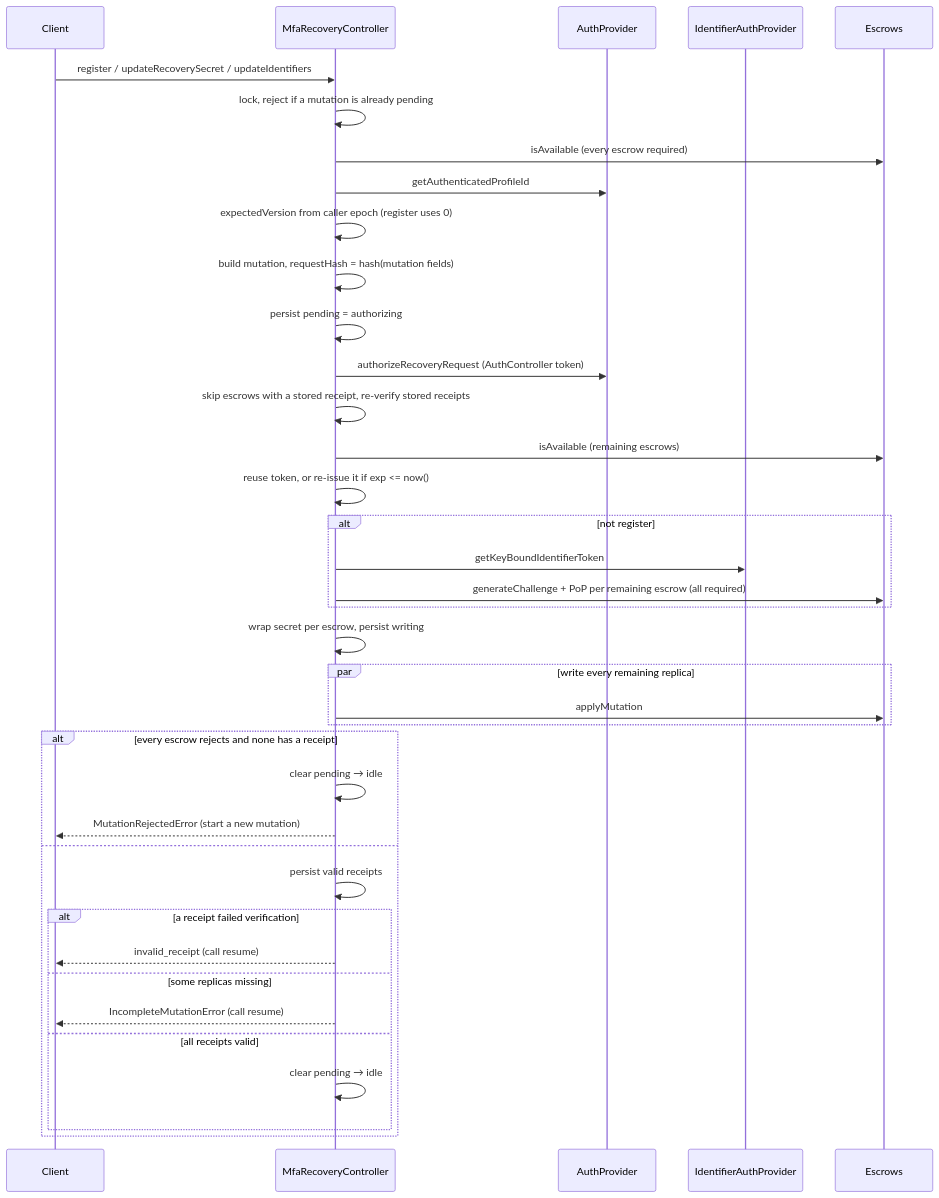
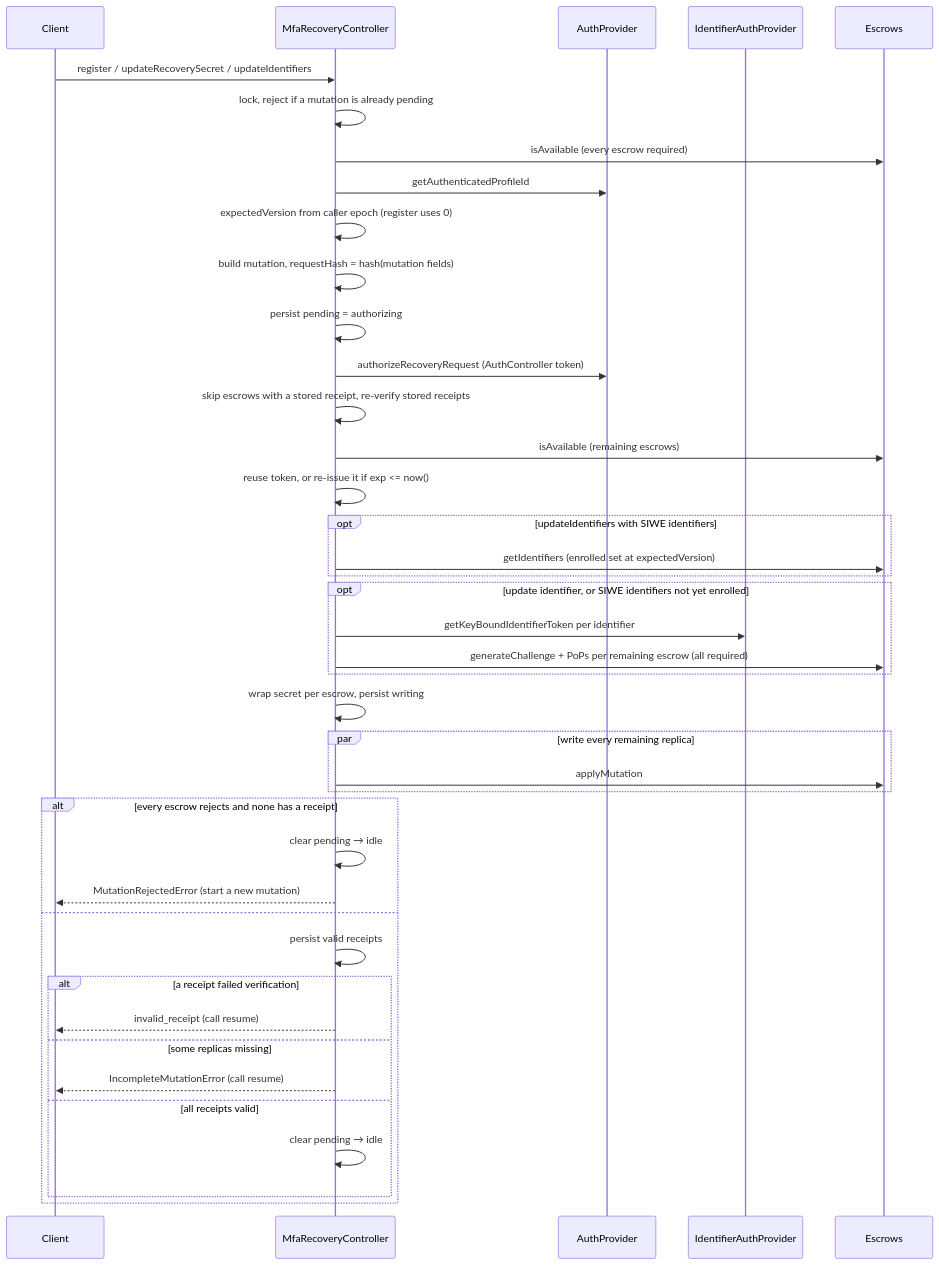
The third of 5 diagrams in packages/mfa-recovery-controller/ARCHITECTURE.md (MetaMask/core), drawn with Mermaid before and after one commit. The commit also changed other lines of this file and 10 other files, not shown here.

First line of the commit message:
feat: prove new SIWE identifiers with recovery mutations

````diff
--- a/packages/mfa-recovery-controller/ARCHITECTURE.md
+++ b/packages/mfa-recovery-controller/ARCHITECTURE.md
@@ -131,41 +131,44 @@
 ```mermaid
 sequenceDiagram
   participant C as Client
   participant M as MfaRecoveryController
   participant A as AuthProvider
   participant I as IdentifierAuthProvider
   participant E as Escrows
 
   C->>M: register / updateRecoverySecret / updateIdentifiers
   M->>M: lock, reject if a mutation is already pending
   M->>E: isAvailable (every escrow required)
   M->>A: getAuthenticatedProfileId
   M->>M: expectedVersion from caller epoch (register uses 0)
   M->>M: build mutation, requestHash = hash(mutation fields)
   M->>M: persist pending = authorizing
   M->>A: authorizeRecoveryRequest (AuthController token)
   M->>M: skip escrows with a stored receipt, re-verify stored receipts
   M->>E: isAvailable (remaining escrows)
   M->>M: reuse token, or re-issue it if exp <= now()
-  alt not register
-    M->>I: getKeyBoundIdentifierToken
-    M->>E: generateChallenge + PoP per remaining escrow (all required)
+  opt updateIdentifiers with SIWE identifiers
+    M->>E: getIdentifiers (enrolled set at expectedVersion)
+  end
+  opt update identifier, or SIWE identifiers not yet enrolled
+    M->>I: getKeyBoundIdentifierToken per identifier
+    M->>E: generateChallenge + PoPs per remaining escrow (all required)
   end
   M->>M: wrap secret per escrow, persist writing
   par write every remaining replica
     M->>E: applyMutation
   end
   alt every escrow rejects and none has a receipt
     M->>M: clear pending → idle
     M-->>C: MutationRejectedError (start a new mutation)
   else
     M->>M: persist valid receipts
     alt a receipt failed verification
       M-->>C: invalid_receipt (call resume)
     else some replicas missing
       M-->>C: IncompleteMutationError (call resume)
     else all receipts valid
       M->>M: clear pending → idle
     end
   end
 ```
````
